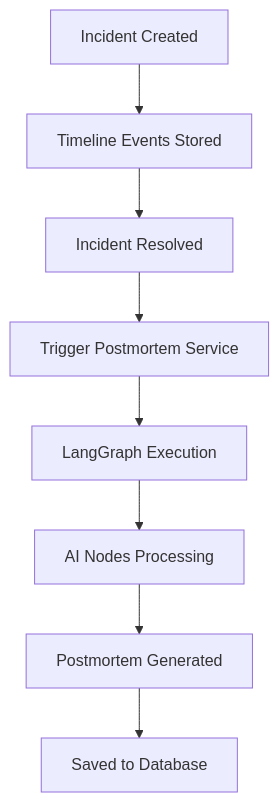
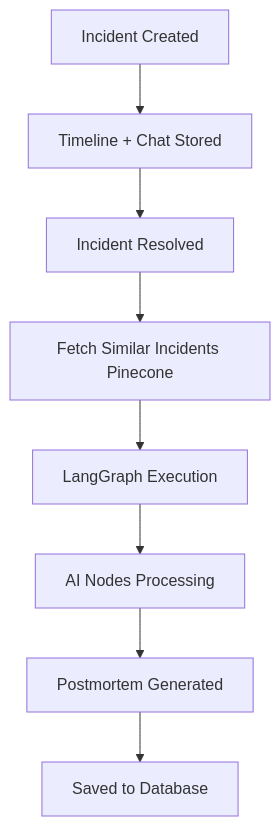
Before and after one commit to Soumipal56/AlertForge: the first of 4 diagrams in AlertForge/Backend/status/langgraph-postmortem-system.md, drawn with Mermaid. The commit also changed other lines of this file, not shown here.

First line of the commit message:
docs: enhance AI postmortem system documentation

````diff
--- a/AlertForge/Backend/status/langgraph-postmortem-system.md
+++ b/AlertForge/Backend/status/langgraph-postmortem-system.md
@@ -26,10 +19,10 @@
 ```mermaid
 flowchart TD
-    A[Incident Created] --> B[Timeline Events Stored]
+    A[Incident Created] --> B[Timeline + Chat Stored]
     B --> C[Incident Resolved]
-    C --> D[Trigger Postmortem Service]
+    C --> D[Fetch Similar Incidents Pinecone]
     D --> E[LangGraph Execution]
     E --> F[AI Nodes Processing]
     F --> G[Postmortem Generated]
     G --> H[Saved to Database]
 ```
````
